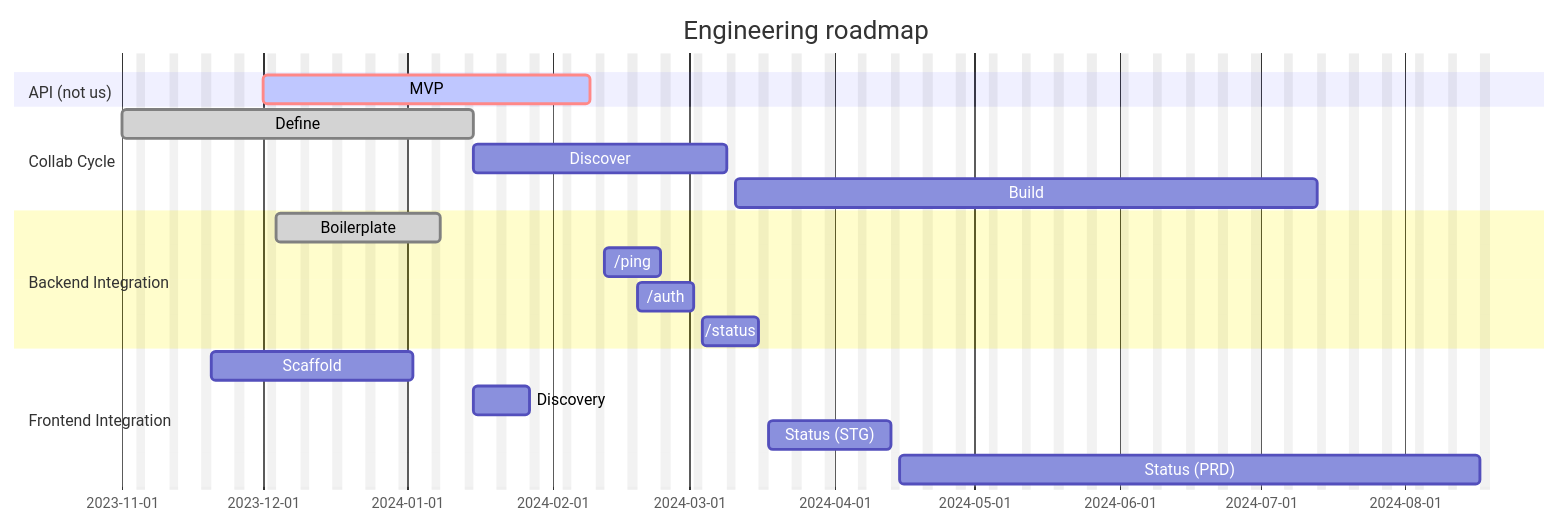
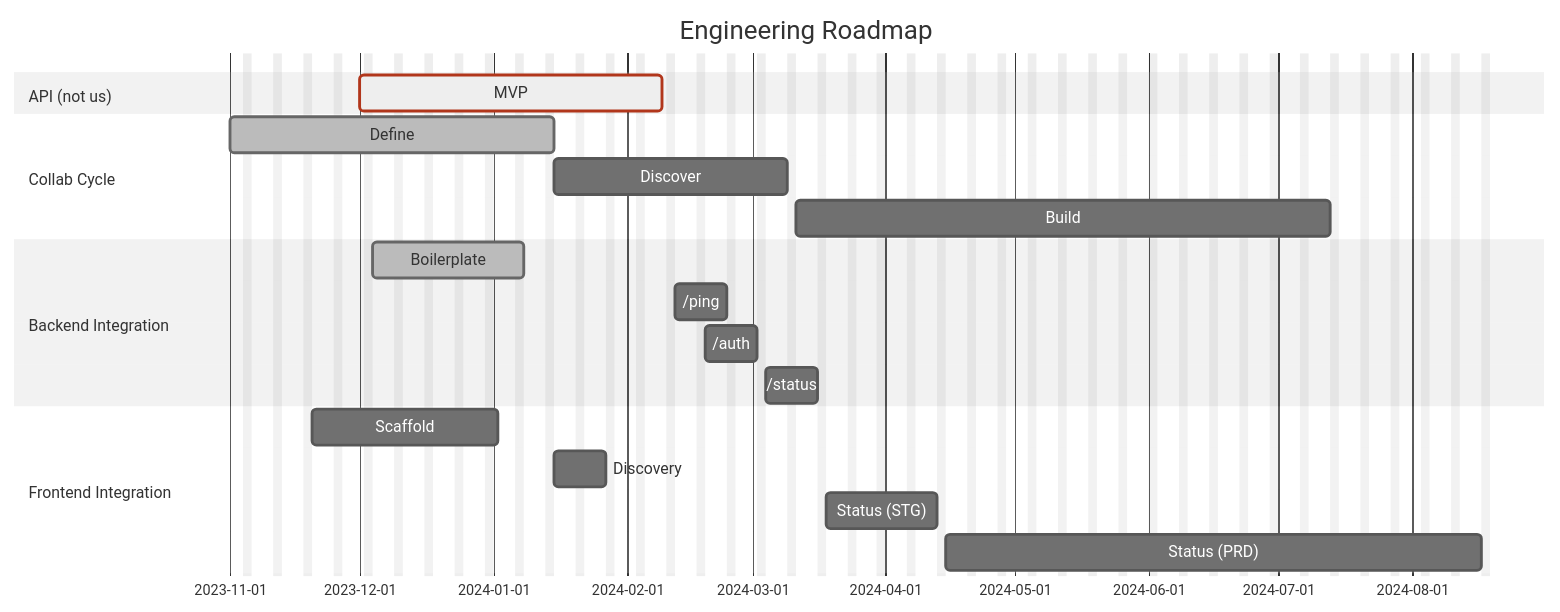
The diagram in products/health-care/beneficiary-travel/engineering/eng-roadmap.md (department-of-veterans-affairs/va.gov-team), drawn with Mermaid before and after one commit.

Commit message:
Add left padding

````diff
--- a/products/health-care/beneficiary-travel/engineering/eng-roadmap.md
+++ b/products/health-care/beneficiary-travel/engineering/eng-roadmap.md
@@ -3,26 +3,37 @@
 ```mermaid
+%%{
+  init: {
+    "theme": "neutral",
+    "fontFamily": "monospace",
+    "gantt": {
+        "barHeight": 25,
+        "leftPadding": 150
+    }
+  }
+}%%
+
 gantt
     %% A week is 5 days
     %% A sprint is 10 days
 
-    title Engineering roadmap
+    title Engineering Roadmap
     dateFormat YYYY-MM-DD
     excludes weekends
 
     section API (not us)
         MVP    :crit, active, api-mvp, 2023-12-01, 2024-02-09
     section Collab Cycle
         Define    :done, cc-def, 2023-11-01, 2024-01-15
         Discover  :cc-disc, 2024-01-15, 40d
         Build     :cc-build, after cc-disc, 90d
     section Backend Integration
         Boilerplate :done, bplate, 2023-12-04, 2024-01-08
         /ping    :ping, 2024-02-12, 10d
         /auth    :auth, 2024-02-19, 10d
         /status  :sts-be, after auth, 10d
     section Frontend Integration
         Scaffold        :scaff, 2023-11-20, 2024-01-02
         Discovery       :disc, 2024-01-15, 10d
         Status (STG)    :sts-fe-stg, after sts-be, 20d
         Status (PRD)    :sts-fe-prd, after sts-fe-stg, 90d
 ```
````
